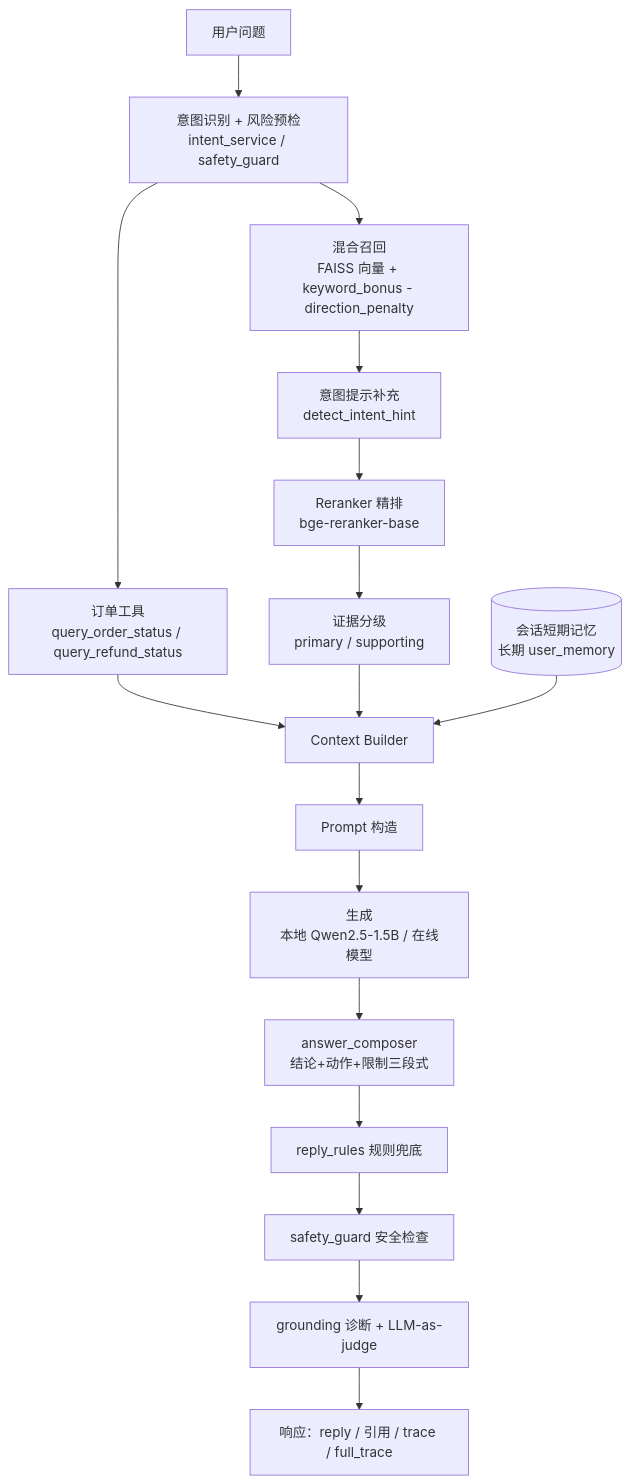
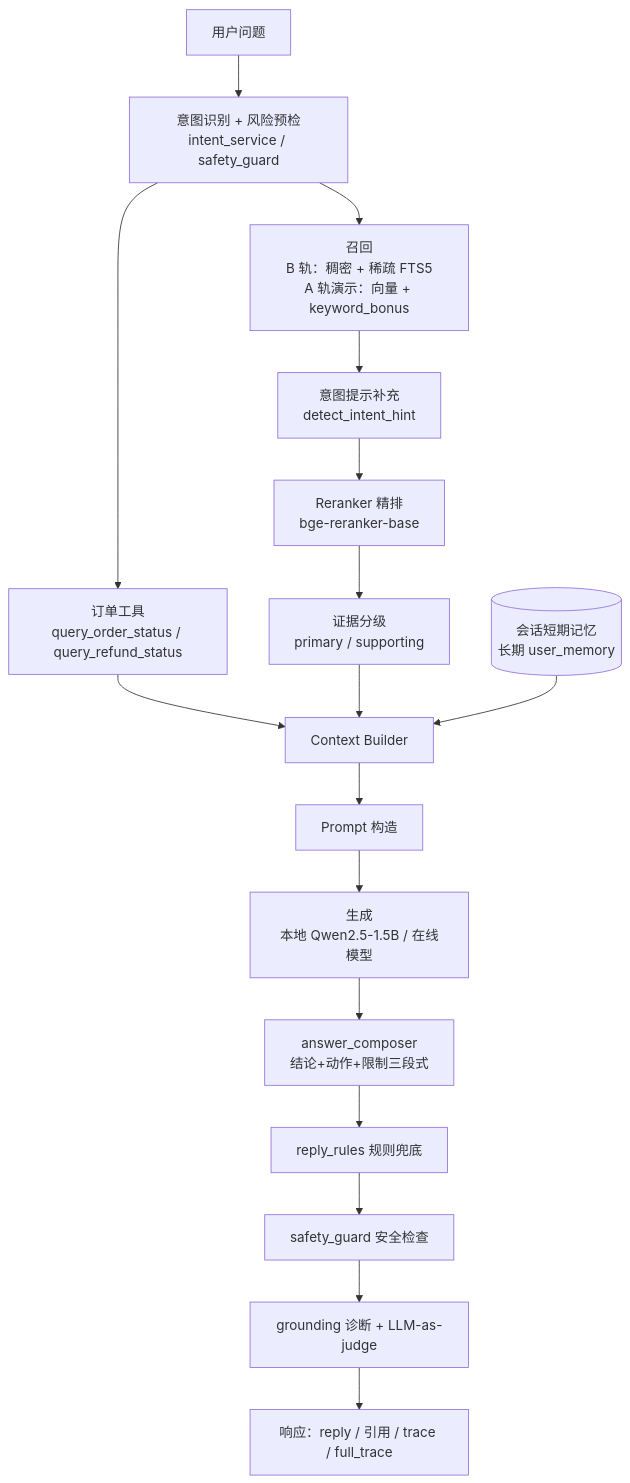
Before and after one commit to kue04/llm-customer-service: the diagram in README.md, drawn with Mermaid. The commit also changed other lines of this file and 78 other files, not shown here.

````diff
--- a/README.md
+++ b/README.md
@@ -114,19 +155,19 @@
 ```mermaid
 flowchart TD
     Q[用户问题] --> I[意图识别 + 风险预检<br/>intent_service / safety_guard]
     I --> T[订单工具<br/>query_order_status / query_refund_status]
-    I --> R[混合召回<br/>FAISS 向量 + keyword_bonus - direction_penalty]
+    I --> R[召回<br/>B 轨：稠密 + 稀疏 FTS5<br/>A 轨演示：向量 + keyword_bonus]
     R --> S[意图提示补充<br/>detect_intent_hint]
     S --> RR[Reranker 精排<br/>bge-reranker-base]
     RR --> E[证据分级<br/>primary / supporting]
     T --> C[Context Builder]
     E --> C
     M[(会话短期记忆<br/>长期 user_memory)] --> C
     C --> P[Prompt 构造]
     P --> G[生成<br/>本地 Qwen2.5-1.5B / 在线模型]
     G --> AC[answer_composer<br/>结论+动作+限制三段式]
     AC --> RU[reply_rules 规则兜底]
     RU --> SG[safety_guard 安全检查]
     SG --> GD[grounding 诊断 + LLM-as-judge]
     GD --> RES[响应：reply / 引用 / trace / full_trace]
 ```
````
